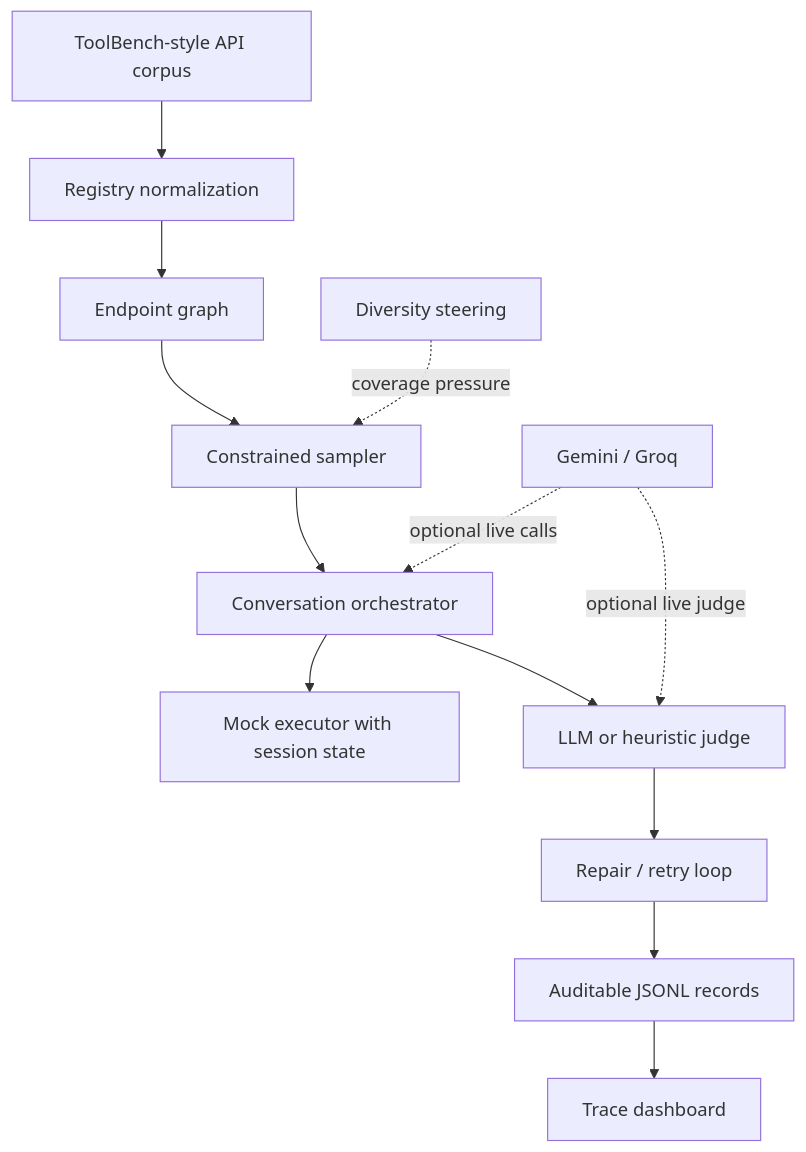
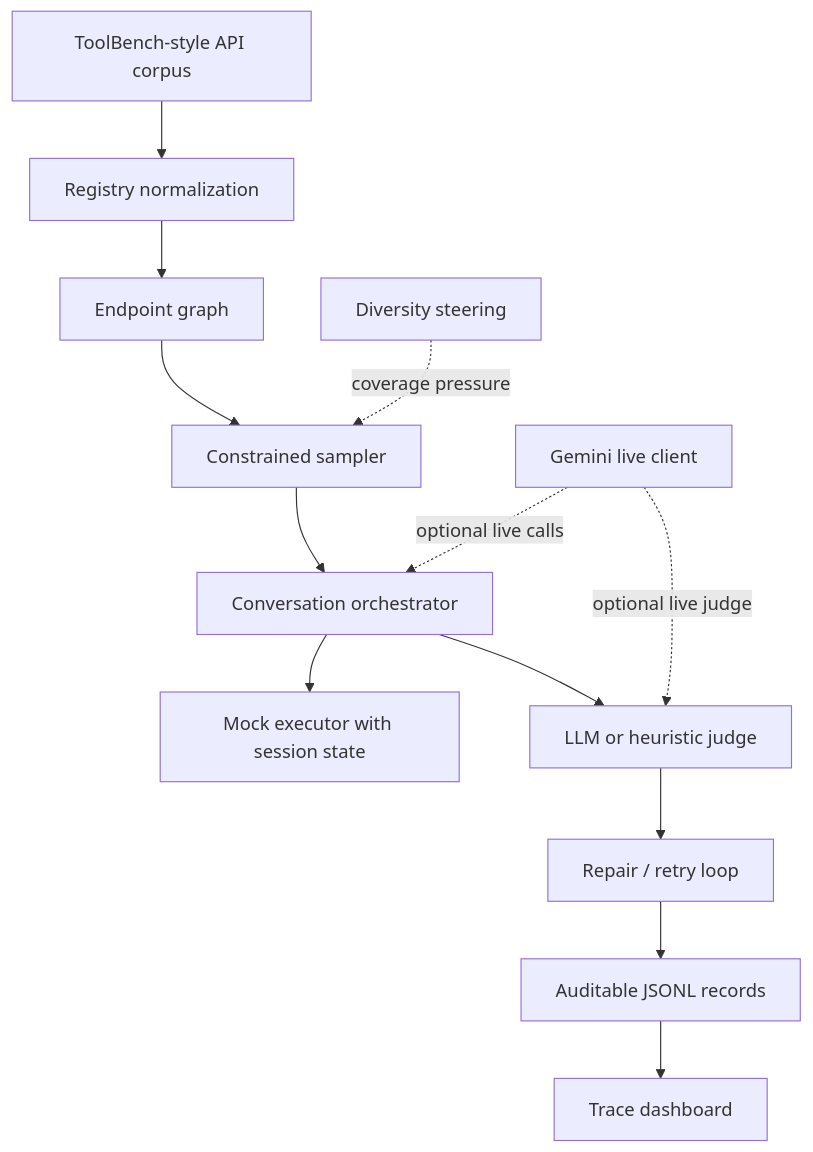
One commit to manastokale/sap_multiagent_tool changed the first of 14 diagrams in DESIGN.md. Above: the diagram before and after it, drawn with Mermaid. The commit also changed other lines of this file and 20 other files, not shown here.

````diff
--- a/DESIGN.md
+++ b/DESIGN.md
@@ -34,16 +34,16 @@
 ```mermaid
 flowchart TB
     Input["ToolBench-style API corpus"] --> Registry["Registry normalization"]
     Registry --> Graph["Endpoint graph"]
     Graph --> Sampler["Constrained sampler"]
     Sampler --> Orchestrator["Conversation orchestrator"]
     Orchestrator --> Executor["Mock executor with session state"]
     Orchestrator --> Judge["LLM or heuristic judge"]
     Judge --> Repair["Repair / retry loop"]
     Repair --> Output["Auditable JSONL records"]
     Output --> Dashboard["Trace dashboard"]
 
     Steering["Diversity steering"] -. "coverage pressure" .-> Sampler
-    LiveLLM["Gemini / Groq"] -. "optional live calls" .-> Orchestrator
+    LiveLLM["Gemini live client"] -. "optional live calls" .-> Orchestrator
     LiveLLM -. "optional live judge" .-> Judge
 ```
````
